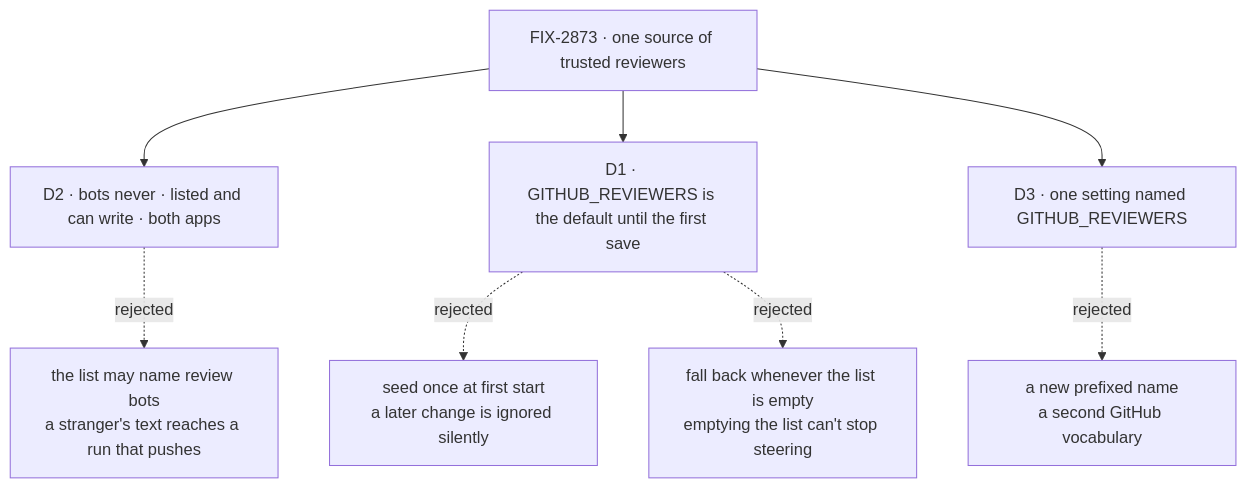
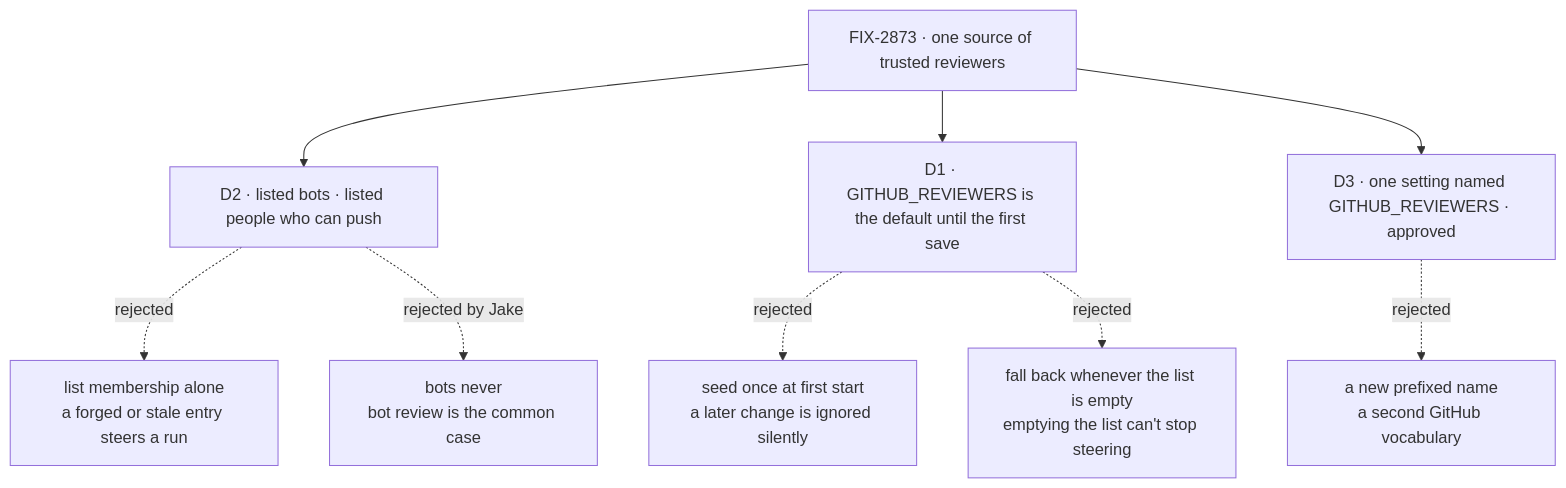
Before and after one commit to fixpoint-labs/flow-state-dev: the diagram in specs/issues/FIX-2873/DECISIONS.md, drawn with Mermaid. The commit also changed other lines of this file and 6 other files, not shown here.

First line of the commit message:
spec(FIX-2873): listed bots are heard; the coordinator tool is the only write

````diff
--- a/specs/issues/FIX-2873/DECISIONS.md
+++ b/specs/issues/FIX-2873/DECISIONS.md
@@ -10,10 +10,11 @@
 ```mermaid
 flowchart TD
-  I["FIX-2873 · one source of trusted reviewers"] --> D2["D2 · bots never · listed and can write · both apps"]
-  D2 -.->|"rejected"| X2["the list may name review bots<br/>a stranger's text reaches a run that pushes"]
+  I["FIX-2873 · one source of trusted reviewers"] --> D2["D2 · listed bots · listed people who can push"]
+  D2 -.->|"rejected"| X2a["list membership alone<br/>a forged or stale entry steers a run"]
+  D2 -.->|"rejected by Jake"| X2b["bots never<br/>bot review is the common case"]
   I --> D1["D1 · GITHUB_REVIEWERS is the default until the first save"]
   D1 -.->|"rejected"| X1a["seed once at first start<br/>a later change is ignored silently"]
   D1 -.->|"rejected"| X1b["fall back whenever the list is empty<br/>emptying the list can't stop steering"]
-  I --> D3["D3 · one setting named GITHUB_REVIEWERS"]
+  I --> D3["D3 · one setting named GITHUB_REVIEWERS · approved"]
   D3 -.->|"rejected"| X3["a new prefixed name<br/>a second GitHub vocabulary"]
 ```
````
